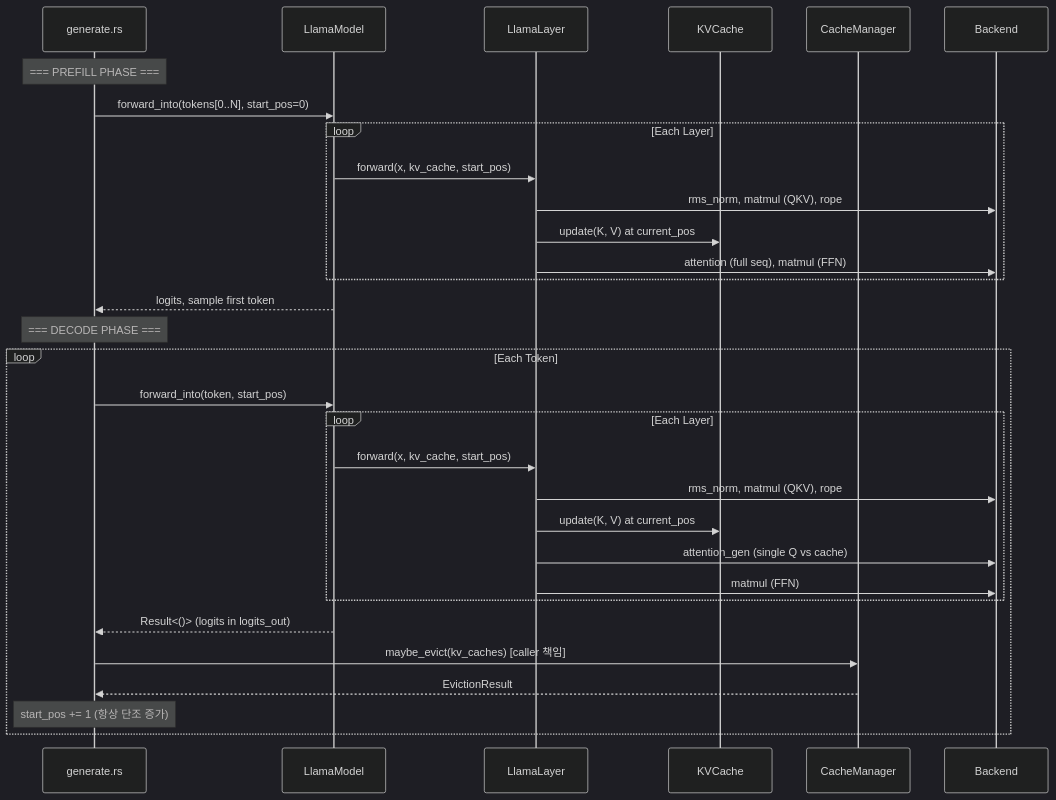
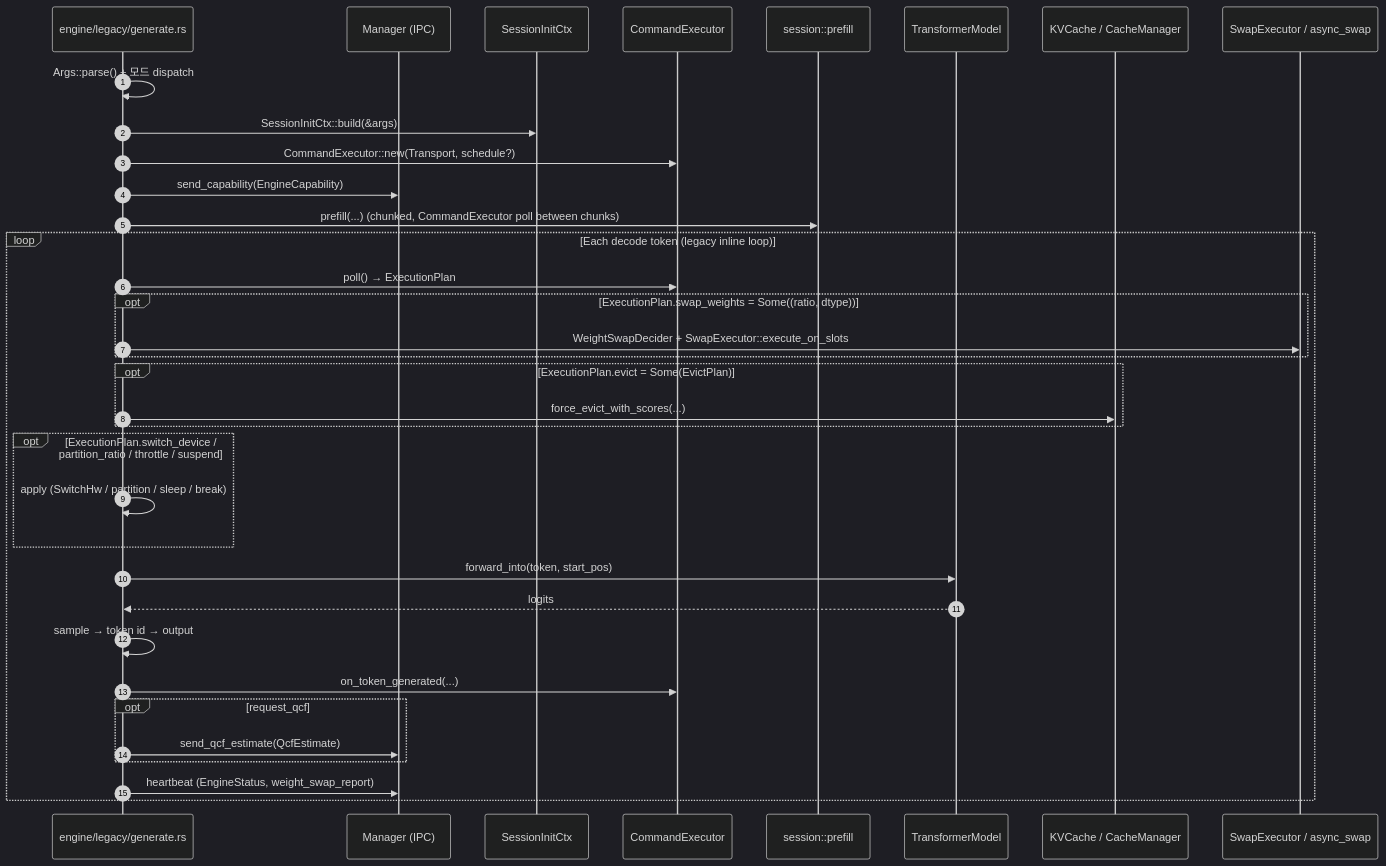
The sixth of 8 diagrams in ARCHITECTURE.md (hedone21/llm_rs2), drawn with Mermaid (dark theme) before and after one commit. The commit also changed other lines of this file and 1 other file, not shown here.

````diff
--- a/ARCHITECTURE.md
+++ b/ARCHITECTURE.md
@@ -287,35 +538,39 @@
 ```mermaid
 sequenceDiagram
-    participant User as generate.rs
-    participant Model as LlamaModel
-    participant Layer as LlamaLayer
-    participant Cache as KVCache
-    participant CM as CacheManager
-    participant Backend
+    autonumber
+    participant Bin as engine/legacy/generate.rs
+    participant Mgr as Manager (IPC)
+    participant Init as SessionInitCtx
+    participant Exec as CommandExecutor
+    participant Pf as session::prefill
+    participant Model as TransformerModel
+    participant Cache as KVCache / CacheManager
+    participant Swap as SwapExecutor / async_swap
 
-    Note over User: === PREFILL PHASE ===
-    User->>Model: forward_into(tokens[0..N], start_pos=0)
-    loop Each Layer
-        Model->>Layer: forward(x, kv_cache, start_pos)
-        Layer->>Backend: rms_norm, matmul (QKV), rope
-        Layer->>Cache: update(K, V) at current_pos
-        Layer->>Backend: attention (full seq), matmul (FFN)
-    end
-    Model-->>User: logits, sample first token
+    Bin->>Bin: Args::parse() + 모드 dispatch
+    Bin->>Init: SessionInitCtx::build(&args)
+    Bin->>Exec: CommandExecutor::new(Transport, schedule?)
+    Bin->>Mgr: send_capability(EngineCapability)
+    Bin->>Pf: prefill(...) (chunked, CommandExecutor poll between chunks)
 
-    Note over User: === DECODE PHASE ===
-    loop Each Token
-        User->>Model: forward_into(token, start_pos)
-        loop Each Layer
-            Model->>Layer: forward(x, kv_cache, start_pos)
-            Layer->>Backend: rms_norm, matmul (QKV), rope
-            Layer->>Cache: update(K, V) at current_pos
-            Layer->>Backend: attention_gen (single Q vs cache)
-            Layer->>Backend: matmul (FFN)
+    loop Each decode token (legacy inline loop)
+        Bin->>Exec: poll() → ExecutionPlan
+        opt ExecutionPlan.swap_weights = Some((ratio, dtype))
+            Bin->>Swap: WeightSwapDecider + SwapExecutor::execute_on_slots
         end
-        Model-->>User: Result<()> (logits in logits_out)
-        User->>CM: maybe_evict(kv_caches) [caller 책임]
-        CM-->>User: EvictionResult
-        Note over User: start_pos += 1 (항상 단조 증가)
+        opt ExecutionPlan.evict = Some(EvictPlan)
+            Bin->>Cache: force_evict_with_scores(...)
+        end
+        opt ExecutionPlan.switch_device / partition_ratio / throttle / suspend
+            Bin->>Bin: apply (SwitchHw / partition / sleep / break)
+        end
+        Bin->>Model: forward_into(token, start_pos)
+        Model-->>Bin: logits
+        Bin->>Bin: sample → token id → output
+        Bin->>Exec: on_token_generated(...)
+        opt request_qcf
+            Bin->>Mgr: send_qcf_estimate(QcfEstimate)
+        end
+        Bin->>Mgr: heartbeat (EngineStatus, weight_swap_report)
     end
 ```
````
